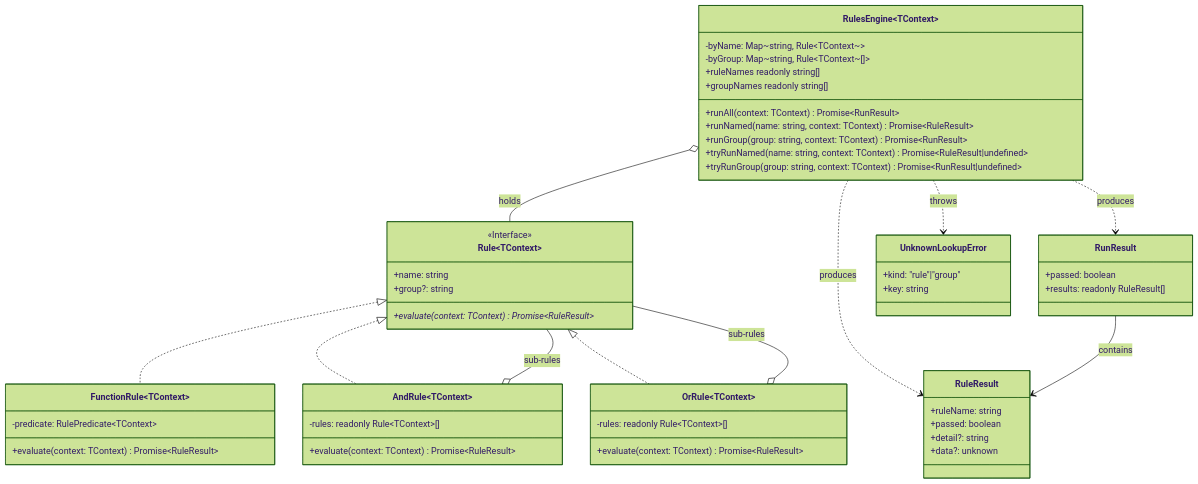
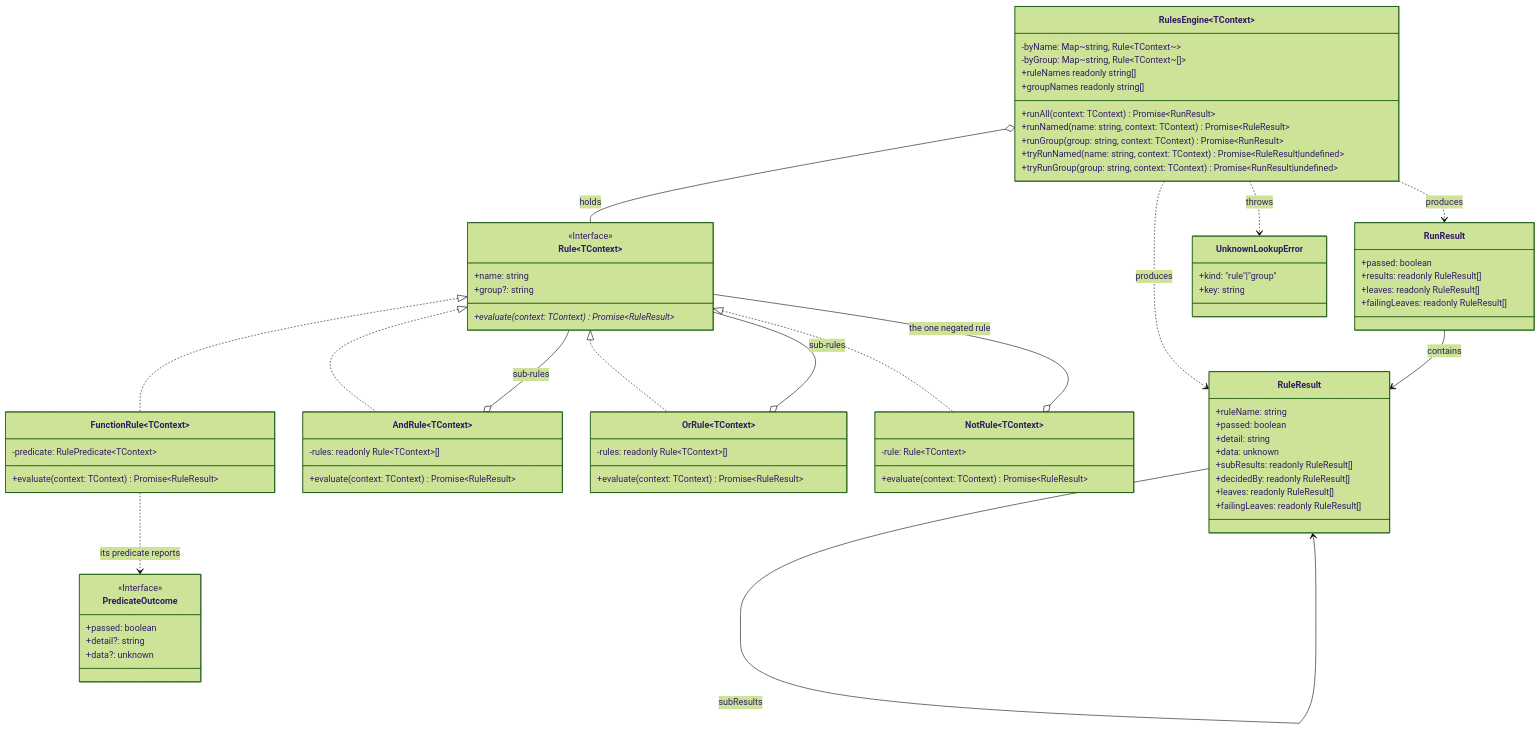
Before and after one commit to pawan-vyas/verdict-rules: the diagram in docs/architecture/js.md, drawn with Mermaid (forest theme). The commit also changed other lines of this file and 3 other files, not shown here.

````diff
--- a/docs/architecture/js.md
+++ b/docs/architecture/js.md
@@ -33,57 +33,77 @@
 ```mermaid
 classDiagram
     class Rule~TContext~ {
         <<Interface>>
         +name: string
         +group?: string
         +evaluate(context: TContext)* Promise~RuleResult~
+    }
+    class PredicateOutcome {
+        <<Interface>>
+        +passed: boolean
+        +detail?: string
+        +data?: unknown
     }
     class FunctionRule~TContext~ {
         -predicate: RulePredicate~TContext~
         +evaluate(context: TContext) Promise~RuleResult~
     }
     class AndRule~TContext~ {
         -rules: readonly Rule~TContext~[]
         +evaluate(context: TContext) Promise~RuleResult~
     }
     class OrRule~TContext~ {
         -rules: readonly Rule~TContext~[]
+        +evaluate(context: TContext) Promise~RuleResult~
+    }
+    class NotRule~TContext~ {
+        -rule: Rule~TContext~
         +evaluate(context: TContext) Promise~RuleResult~
     }
     class RulesEngine~TContext~ {
         -byName: Map~string, Rule~TContext~~
         -byGroup: Map~string, Rule~TContext~[]~
         +runAll(context: TContext) Promise~RunResult~
         +runNamed(name: string, context: TContext) Promise~RuleResult~
         +runGroup(group: string, context: TContext) Promise~RunResult~
         +tryRunNamed(name: string, context: TContext) Promise~RuleResult|undefined~
         +tryRunGroup(group: string, context: TContext) Promise~RunResult|undefined~
         +ruleNames readonly string[]
         +groupNames readonly string[]
     }
     class RuleResult {
         +ruleName: string
         +passed: boolean
-        +detail?: string
-        +data?: unknown
+        +detail: string
+        +data: unknown
+        +subResults: readonly RuleResult[]
+        +decidedBy: readonly RuleResult[]
+        +leaves: readonly RuleResult[]
+        +failingLeaves: readonly RuleResult[]
     }
     class RunResult {
         +passed: boolean
         +results: readonly RuleResult[]
+        +leaves: readonly RuleResult[]
+        +failingLeaves: readonly RuleResult[]
     }
     class UnknownLookupError {
         +kind: "rule"|"group"
         +key: string
     }
 
     Rule <|.. FunctionRule
     Rule <|.. AndRule
     Rule <|.. OrRule
+    Rule <|.. NotRule
+    FunctionRule ..> PredicateOutcome : its predicate reports
     AndRule o-- Rule : sub-rules
     OrRule o-- Rule : sub-rules
+    NotRule o-- Rule : the one negated rule
     RulesEngine o-- Rule : holds
     RulesEngine ..> RuleResult : produces
     RulesEngine ..> RunResult : produces
     RulesEngine ..> UnknownLookupError : throws
     RunResult --> RuleResult : contains
+    RuleResult --> RuleResult : subResults
 ```
````
